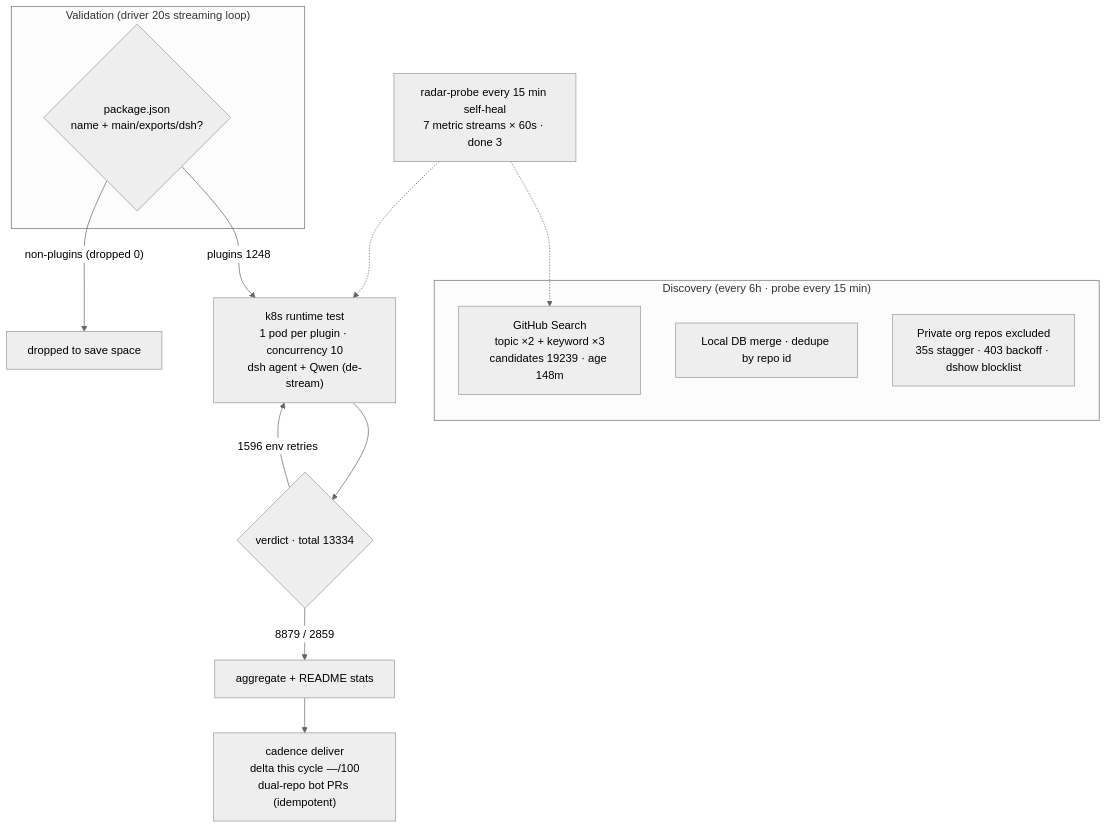
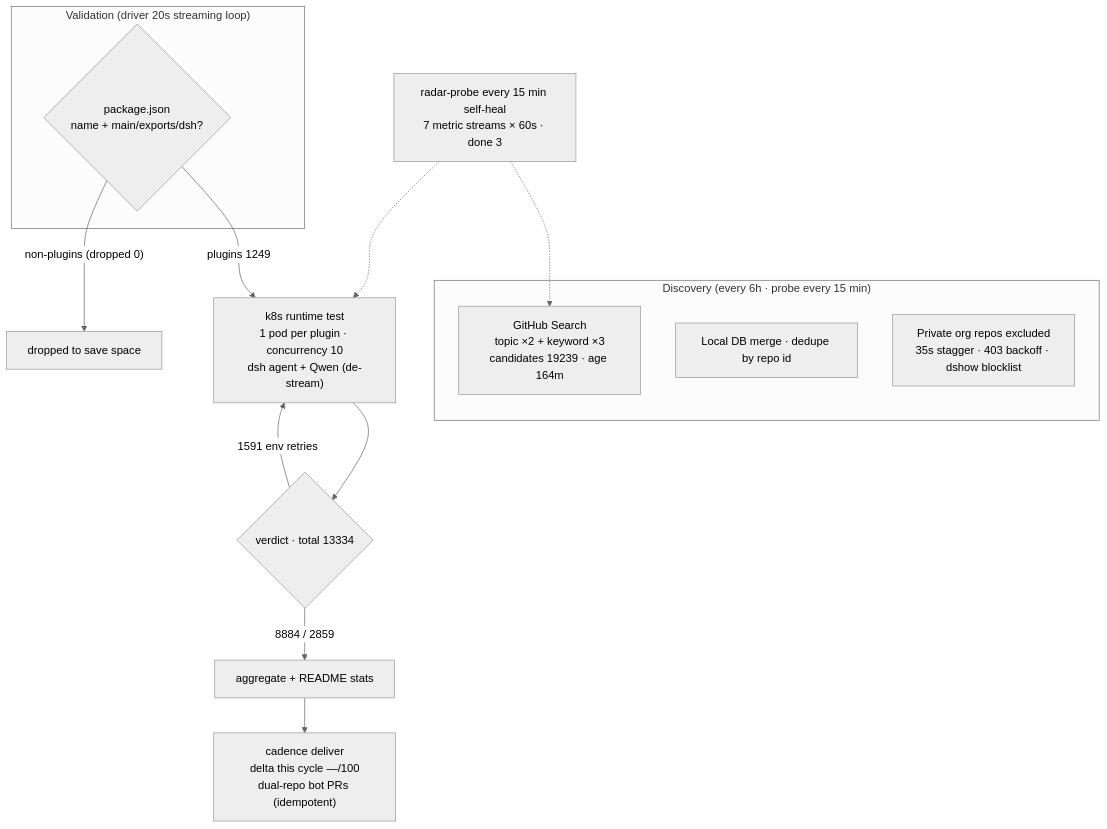
Before and after one commit to AdamPlatin123/dsh-plugin-radar: the diagram in README.en-US.md, drawn with Mermaid (neutral theme). The commit also changed other lines of this file and 6 other files, not shown here.

````diff
--- a/README.en-US.md
+++ b/README.en-US.md
@@ -45,20 +45,20 @@
 ```mermaid
 flowchart TB
     subgraph Discovery["Discovery (every 6h · probe every 15 min)"]
-        A1["GitHub Search<br/>topic ×2 + keyword ×3<br/>candidates 19239 · age 148m"]
+        A1["GitHub Search<br/>topic ×2 + keyword ×3<br/>candidates 19239 · age 164m"]
         A2["Local DB merge · dedupe by repo id"]
         A3["Private org repos excluded<br/>35s stagger · 403 backoff · dshow blocklist"]
     end
     subgraph Validation["Validation (driver 20s streaming loop)"]
         B1{"package.json<br/>name + main/exports/dsh?"}
     end
-    B1 -->|"plugins 1248"| C1["k8s runtime test<br/>1 pod per plugin · concurrency 10<br/>dsh agent + Qwen (de-stream)"]
+    B1 -->|"plugins 1249"| C1["k8s runtime test<br/>1 pod per plugin · concurrency 10<br/>dsh agent + Qwen (de-stream)"]
     B1 -->|"non-plugins (dropped 0)"| B3["dropped to save space"]
     C1 --> D1{"verdict · total 13334"}
-    D1 -->|"8879 / 2859"| E1["aggregate + README stats"]
-    D1 -->|"1596 env retries"| C1
+    D1 -->|"8884 / 2859"| E1["aggregate + README stats"]
+    D1 -->|"1591 env retries"| C1
     E1 --> E2["cadence deliver<br/>delta this cycle —/100<br/>dual-repo bot PRs (idempotent)"]
     M["radar-probe every 15 min self-heal<br/>7 metric streams × 60s · done 3"]
     M -.-> A1
     M -.-> C1
 ```
````
